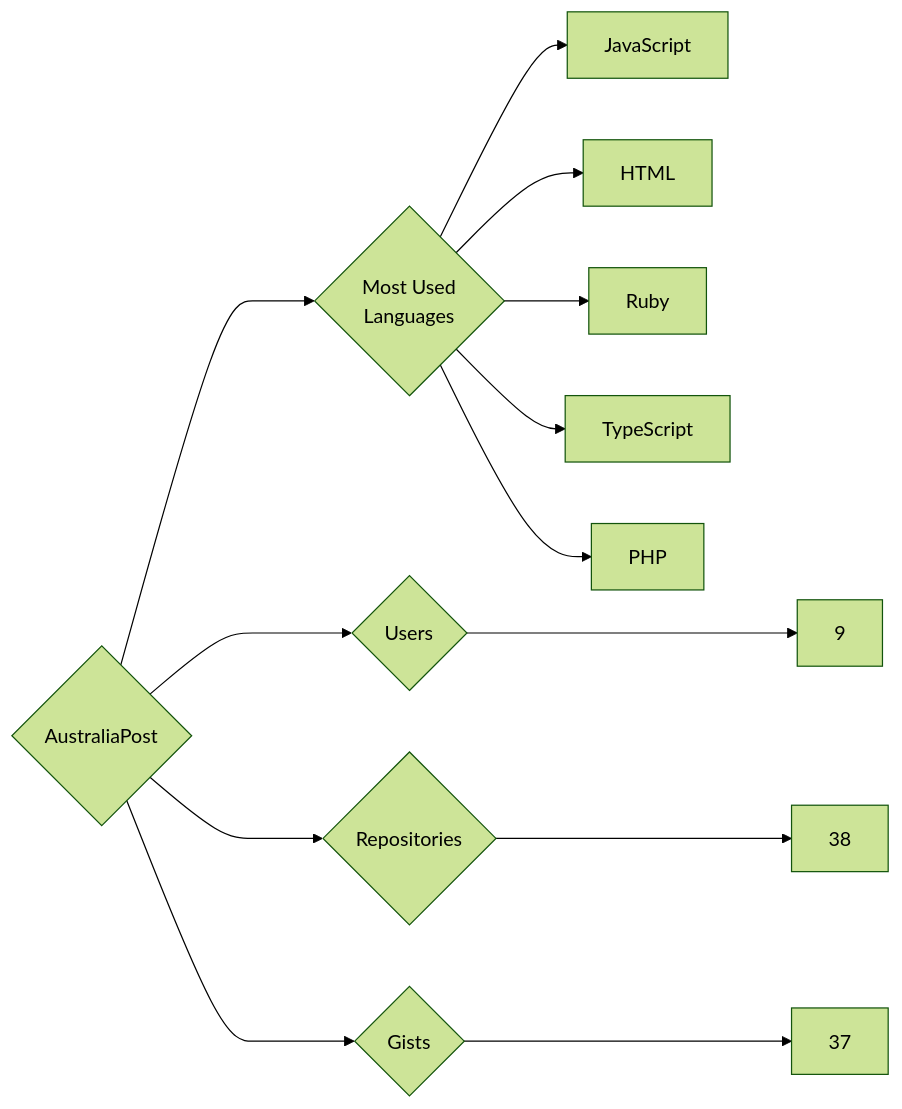
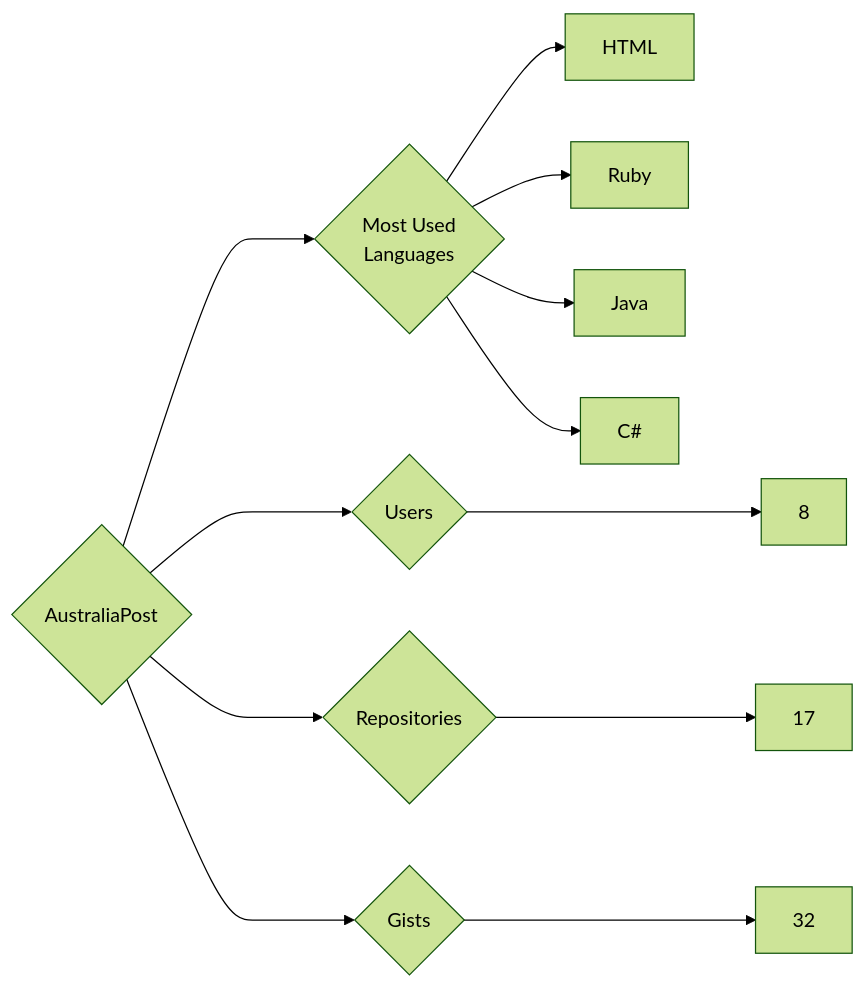
One commit to trickest/insiders changed the diagram in targets/AustraliaPost/README.md. Above: the diagram before and after it, drawn with Mermaid (forest theme). The commit also changed 1175 other files, not shown here.

````diff
--- a/targets/AustraliaPost/README.md
+++ b/targets/AustraliaPost/README.md
@@ -3,13 +3,12 @@
 ```mermaid
 graph LR
 COMPANY_NAME{AustraliaPost}
-COMPANY_NAME ---> U{Users} ---> UN[9]
-COMPANY_NAME ---> R{Repositories} ---> RN[38]
-COMPANY_NAME ---> G{Gists} ---> GN[37]
+COMPANY_NAME ---> U{Users} ---> UN[8]
+COMPANY_NAME ---> R{Repositories} ---> RN[17]
+COMPANY_NAME ---> G{Gists} ---> GN[32]
 COMPANY_NAME ---> ML{Most Used<br>Languages}
-ML --> JavaScript[JavaScript]
 ML --> HTML[HTML]
 ML --> Ruby[Ruby]
-ML --> TypeScript[TypeScript]
-ML --> PHP[PHP]
+ML --> Java[Java]
+ML --> C#[C#]
 ```
````
